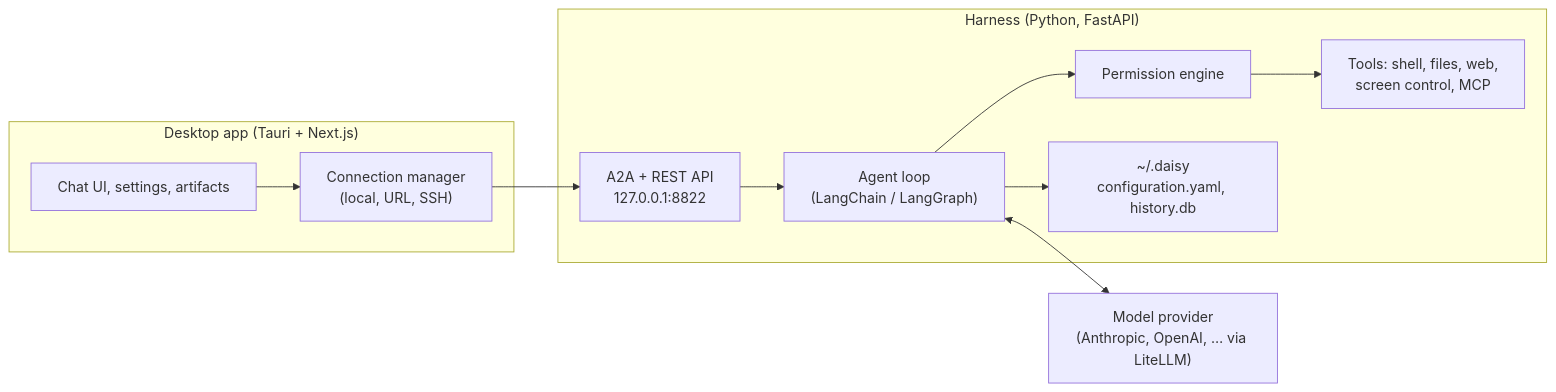
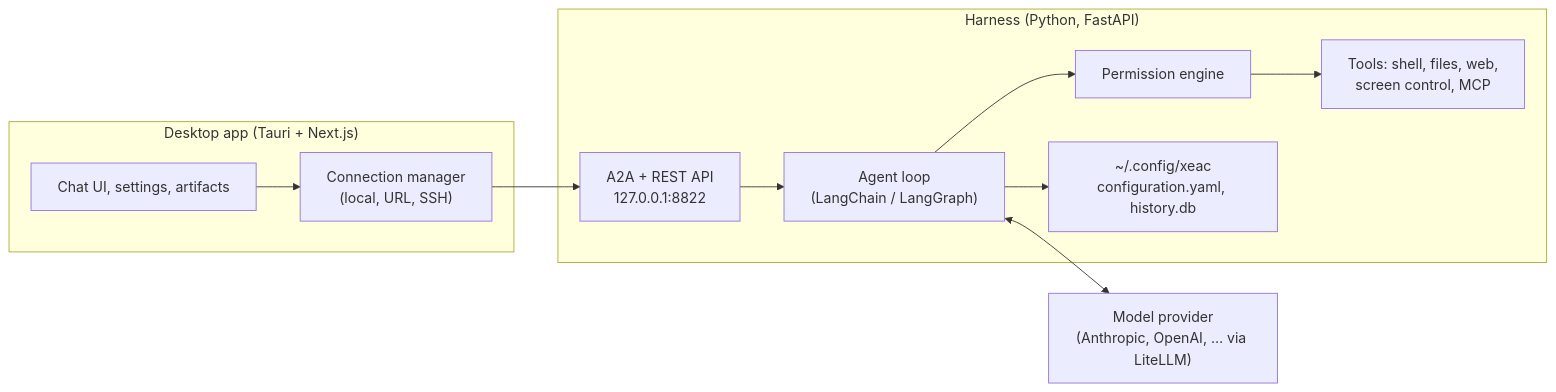
The diagram in documentation/architecture.md (ghovax/frank), drawn with Mermaid before and after one commit. The commit also changed other lines of this file and 25 other files, not shown here.

````diff
--- a/documentation/architecture.md
+++ b/documentation/architecture.md
@@ -5,22 +5,22 @@
 ```mermaid
 flowchart LR
     subgraph DesktopApp["Desktop app (Tauri + Next.js)"]
         ChatInterface["Chat UI, settings, artifacts"]
         ConnectionManager["Connection manager<br/>(local, URL, SSH)"]
     end
 
     subgraph Harness["Harness (Python, FastAPI)"]
         NetworkApi["A2A + REST API<br/>127.0.0.1:8822"]
         AgentLoop["Agent loop<br/>(LangChain / LangGraph)"]
         PermissionEngine["Permission engine"]
         ToolDispatch["Tools: shell, files, web,<br/>screen control, MCP"]
-        PersistentStore["~/.daisy<br/>configuration.yaml, history.db"]
+        PersistentStore["~/.config/xeac<br/>configuration.yaml, history.db"]
     end
 
     ModelProvider["Model provider<br/>(Anthropic, OpenAI, … via LiteLLM)"]
 
     ChatInterface --> ConnectionManager --> NetworkApi
     NetworkApi --> AgentLoop --> PermissionEngine --> ToolDispatch
     AgentLoop --> PersistentStore
     AgentLoop <--> ModelProvider
 ```
````
